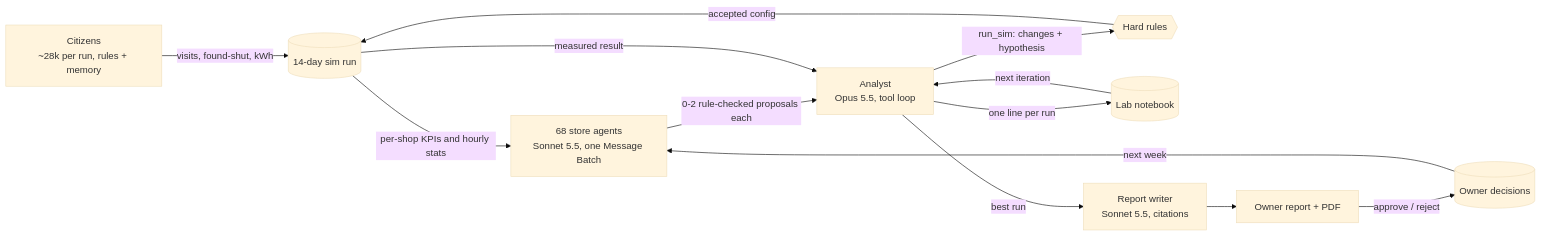
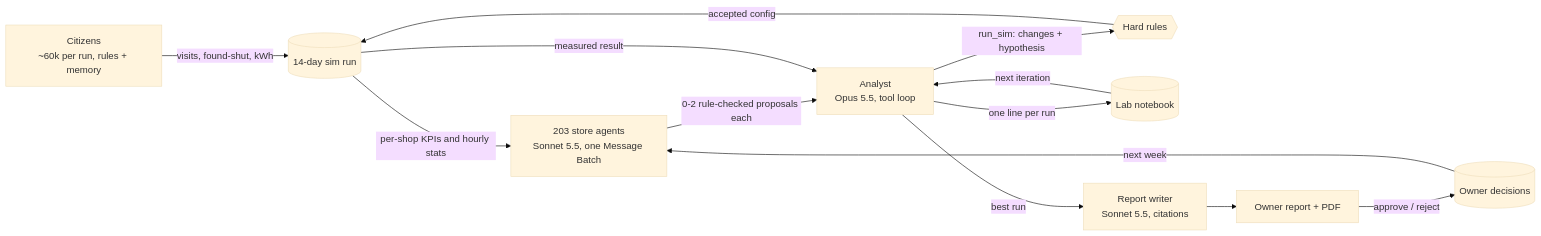
The diagram in docs/AGENT_DESIGN.md (chocoliticekreem/accel-silly-hamsters), drawn with Mermaid (base theme) before and after one commit. The commit also changed other lines of this file and 1 other file, not shown here.

First line of the commit message:
docs: re-measure on the merged 209-venue map (run ~17-24 s, session 2 min 28 s, chaos demo), costs for 203 shops, budget-aware batches

````diff
--- a/docs/AGENT_DESIGN.md
+++ b/docs/AGENT_DESIGN.md
@@ -46,15 +46,15 @@
 ```mermaid
 flowchart LR
-    C["Citizens<br/>~28k per run, rules + memory"] -->|visits, found-shut, kWh| SIM[(14-day sim run)]
-    SIM -->|per-shop KPIs and hourly stats| SA["68 store agents<br/>Sonnet 5.5, one Message Batch"]
+    C["Citizens<br/>~60k per run, rules + memory"] -->|visits, found-shut, kWh| SIM[(14-day sim run)]
+    SIM -->|per-shop KPIs and hourly stats| SA["203 store agents<br/>Sonnet 5.5, one Message Batch"]
     SA -->|0-2 rule-checked proposals each| AN["Analyst<br/>Opus 5.5, tool loop"]
     AN -->|run_sim: changes + hypothesis| R{{Hard rules}}
     R -->|accepted config| SIM
     SIM -->|measured result| AN
     AN -->|one line per run| NB[(Lab notebook)]
     AN -->|best run| REP["Report writer<br/>Sonnet 5.5, citations"]
     REP --> OWN["Owner report + PDF"]
     OWN -->|approve / reject| DEC[(Owner decisions)]
     DEC -->|next week| SA
     NB -->|next iteration| AN
 ```
````
